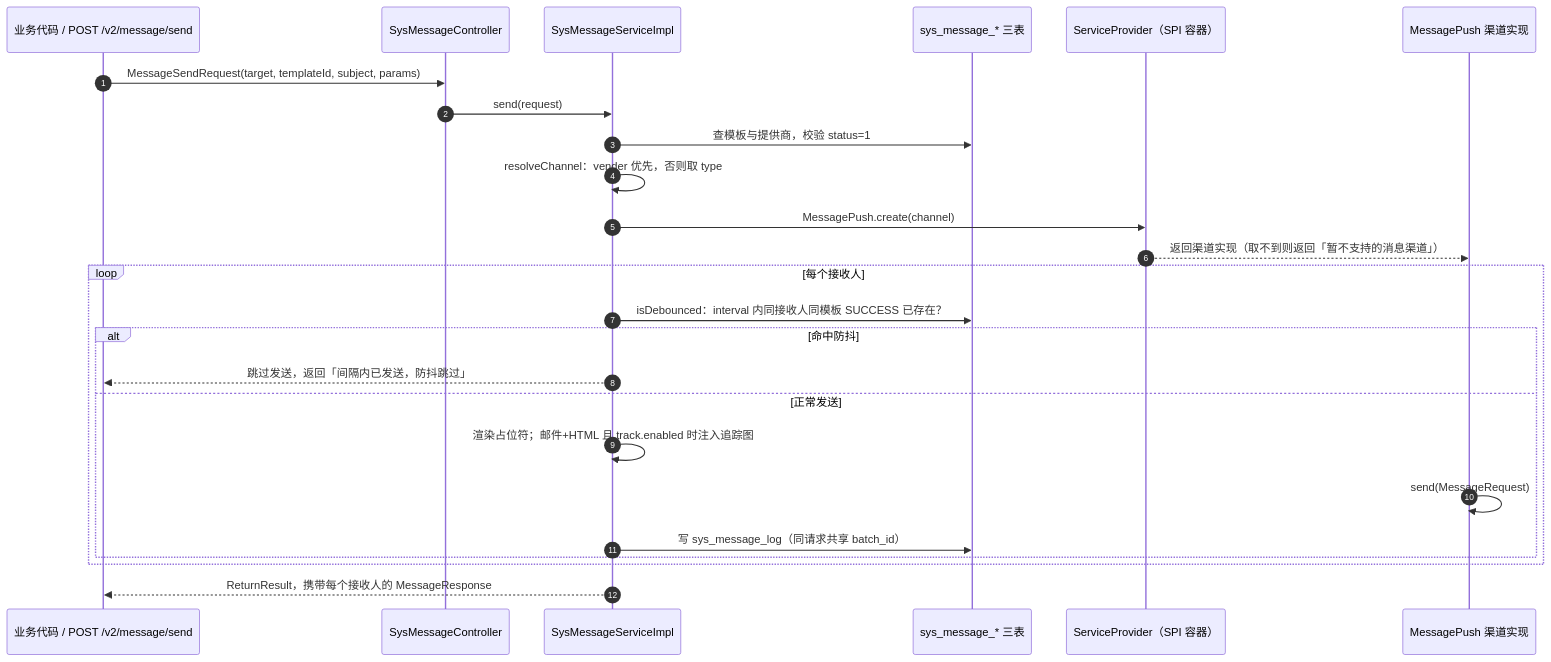
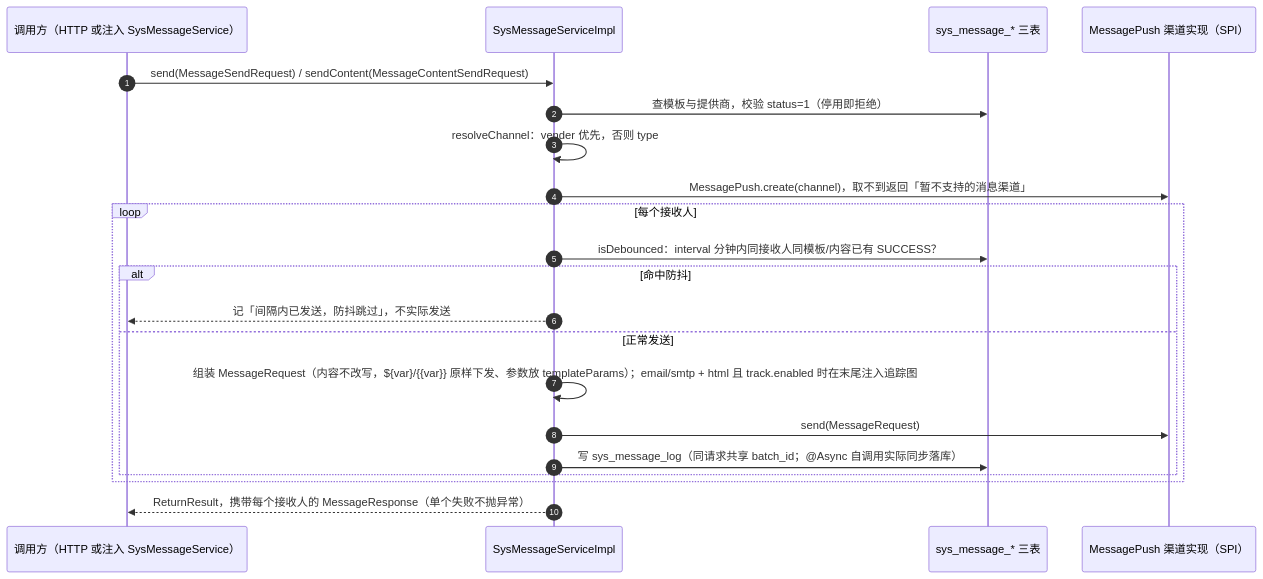
One commit to CHTK001/spring-support-parent-starter changed the second of 2 diagrams in spring-support-message-starter/README.md. Above: the diagram before and after it, drawn with Mermaid. The commit also changed other lines of this file and 54 other files, not shown here.

````diff
--- a/spring-support-message-starter/README.md
+++ b/spring-support-message-starter/README.md
@@ -141,28 +62,24 @@
 ```mermaid
 sequenceDiagram
     autonumber
-    participant Caller as 业务代码 / POST /v2/message/send
-    participant Ctrl as SysMessageController
-    participant Svc as SysMessageServiceImpl
+    participant C as 调用方（HTTP 或注入 SysMessageService）
+    participant S as SysMessageServiceImpl
     participant DB as sys_message_* 三表
-    participant Spi as ServiceProvider（SPI 容器）
-    participant Push as MessagePush 渠道实现
+    participant P as MessagePush 渠道实现（SPI）
 
-    Caller->>Ctrl: MessageSendRequest(target, templateId, subject, params)
-    Ctrl->>Svc: send(request)
-    Svc->>DB: 查模板与提供商，校验 status=1
-    Svc->>Svc: resolveChannel：vender 优先，否则取 type
-    Svc->>Spi: MessagePush.create(channel)
-    Spi-->>Push: 返回渠道实现（取不到则返回「暂不支持的消息渠道」）
+    C->>S: send(MessageSendRequest) / sendContent(MessageContentSendRequest)
+    S->>DB: 查模板与提供商，校验 status=1（停用即拒绝）
+    S->>S: resolveChannel：vender 优先，否则 type
+    S->>P: MessagePush.create(channel)，取不到返回「暂不支持的消息渠道」
     loop 每个接收人
-        Svc->>DB: isDebounced：interval 内同接收人同模板 SUCCESS 已存在？
+        S->>DB: isDebounced：interval 分钟内同接收人同模板/内容已有 SUCCESS？
         alt 命中防抖
-            Svc-->>Caller: 跳过发送，返回「间隔内已发送，防抖跳过」
+            S-->>C: 记「间隔内已发送，防抖跳过」，不实际发送
         else 正常发送
-            Svc->>Svc: 渲染占位符；邮件+HTML 且 track.enabled 时注入追踪图
-            Push->>Push: send(MessageRequest)
-            Svc->>DB: 写 sys_message_log（同请求共享 batch_id）
+            S->>S: 组装 MessageRequest（内容不改写，${var}/{{var}} 原样下发、参数放 templateParams）；email/smtp + html 且 track.enabled 时在末尾注入追踪图
+            S->>P: send(MessageRequest)
+            S->>DB: 写 sys_message_log（同请求共享 batch_id；@Async 自调用实际同步落库）
         end
     end
-    Svc-->>Caller: ReturnResult，携带每个接收人的 MessageResponse
+    S-->>C: ReturnResult，携带每个接收人的 MessageResponse（单个失败不抛异常）
 ```
````
